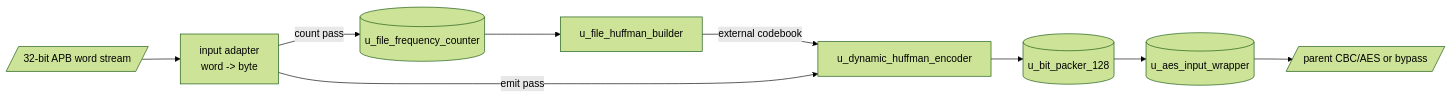
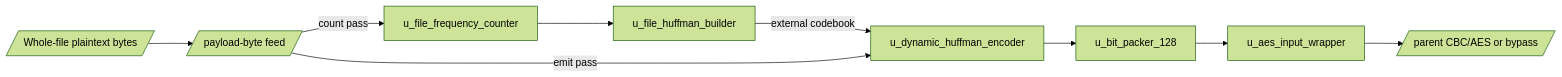
One commit to ngoquocan139/AES_huffman_all6 changed the second of 2 diagrams in docs/apb_huffman_aes_tx_top_spec.md. Above: the diagram before and after it, drawn with Mermaid (forest theme). The commit also changed other lines of this file and 17 other files, not shown here.

````diff
--- a/docs/apb_huffman_aes_tx_top_spec.md
+++ b/docs/apb_huffman_aes_tx_top_spec.md
@@ -64,12 +64,11 @@
 ```mermaid
 flowchart LR
-    A[/"32-bit APB word stream"/] --> B["input adapter
-    word -> byte"]
-    B -->|"count pass"| FC[("u_file_frequency_counter")]
+    A[/"Whole-file plaintext bytes"/] --> B[/"payload-byte feed"/]
+    B -->|"count pass"| FC["u_file_frequency_counter"]
     FC --> HB["u_file_huffman_builder"]
     HB -->|"external codebook"| C["u_dynamic_huffman_encoder"]
     B -->|"emit pass"| C
-    C --> D[("u_bit_packer_128")]
-    D --> E[("u_aes_input_wrapper")]
+    C --> D["u_bit_packer_128"]
+    D --> E["u_aes_input_wrapper"]
     E --> F[/"parent CBC/AES or bypass"/]
 ```
````
